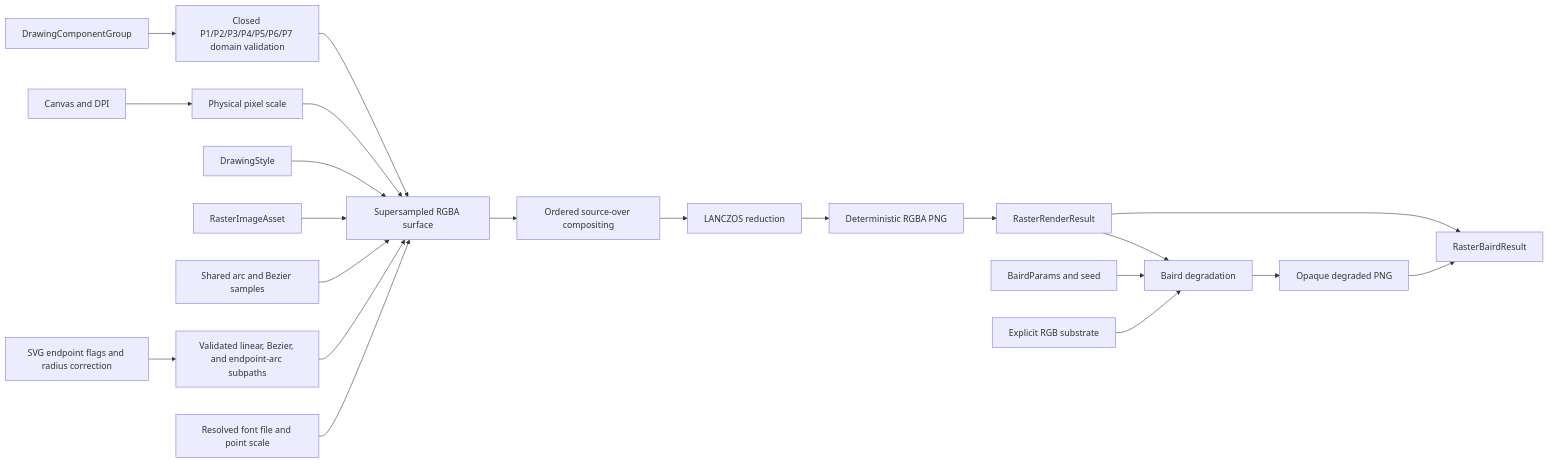
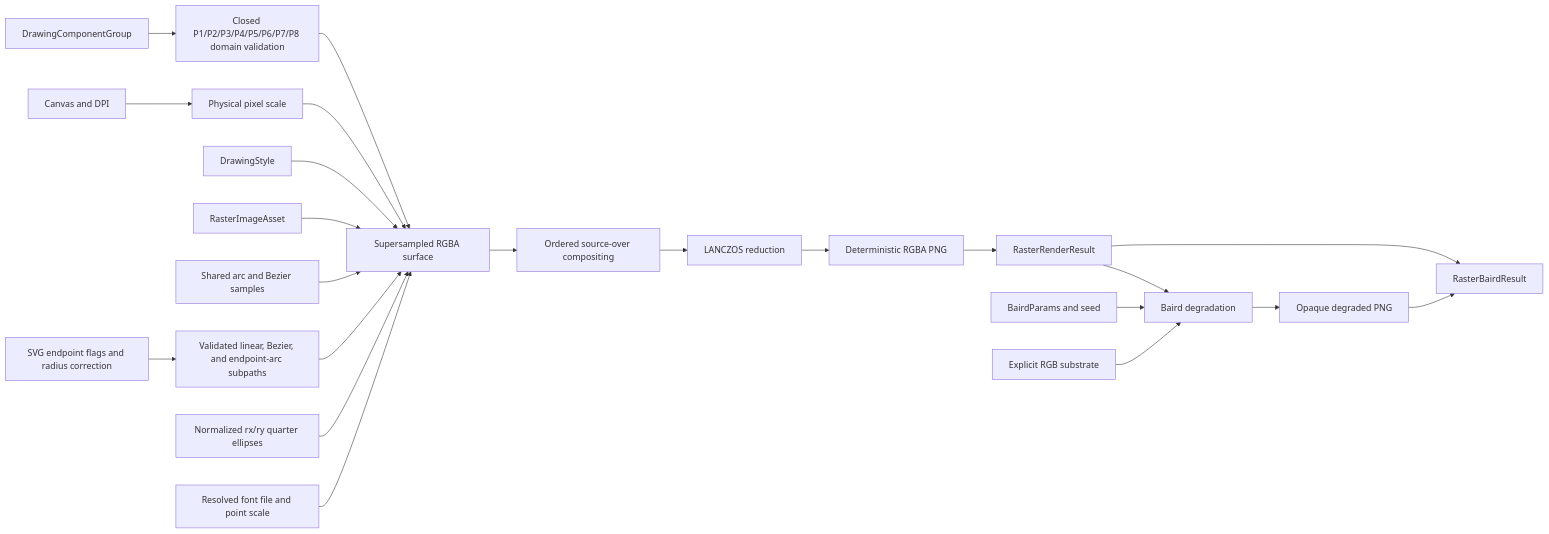
Before and after one commit to cmill32405/InkGen: the diagram in docs/diagrams/raster-renderer.mmd, drawn with Mermaid. The commit also changed 11 other files, not shown here.

```diff
--- a/docs/diagrams/raster-renderer.mmd
+++ b/docs/diagrams/raster-renderer.mmd
@@ -1,21 +1,22 @@
 flowchart LR
-    Group[DrawingComponentGroup] --> Validate[Closed P1/P2/P3/P4/P5/P6/P7 domain validation]
+    Group[DrawingComponentGroup] --> Validate[Closed P1/P2/P3/P4/P5/P6/P7/P8 domain validation]
     Canvas[Canvas and DPI] --> Scale[Physical pixel scale]
     Validate --> Surface[Supersampled RGBA surface]
     Scale --> Surface
     Style[DrawingStyle] --> Surface
     Assets[RasterImageAsset] --> Surface
     Curves[Shared arc and Bezier samples] --> Surface
     Paths[Validated linear, Bezier, and endpoint-arc subpaths] --> Surface
     ArcFlags[SVG endpoint flags and radius correction] --> Paths
+    Rounded[Normalized rx/ry quarter ellipses] --> Surface
     Font[Resolved font file and point scale] --> Surface
     Surface --> Composite[Ordered source-over compositing]
     Composite --> Reduce[LANCZOS reduction]
     Reduce --> PNG[Deterministic RGBA PNG]
     PNG --> Result[RasterRenderResult]
     Result --> Pair[RasterBairdResult]
     Result --> Baird[Baird degradation]
     Params[BairdParams and seed] --> Baird
     Substrate[Explicit RGB substrate] --> Baird
     Baird --> Scan[Opaque degraded PNG]
     Scan --> Pair
```
